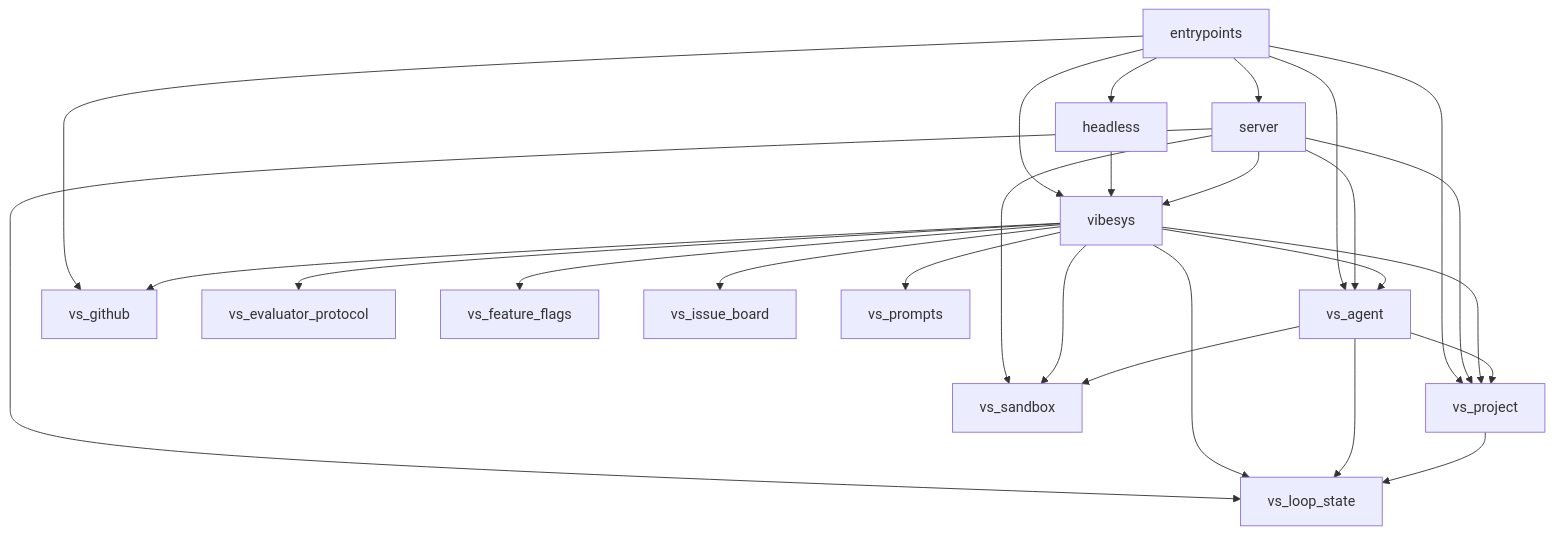
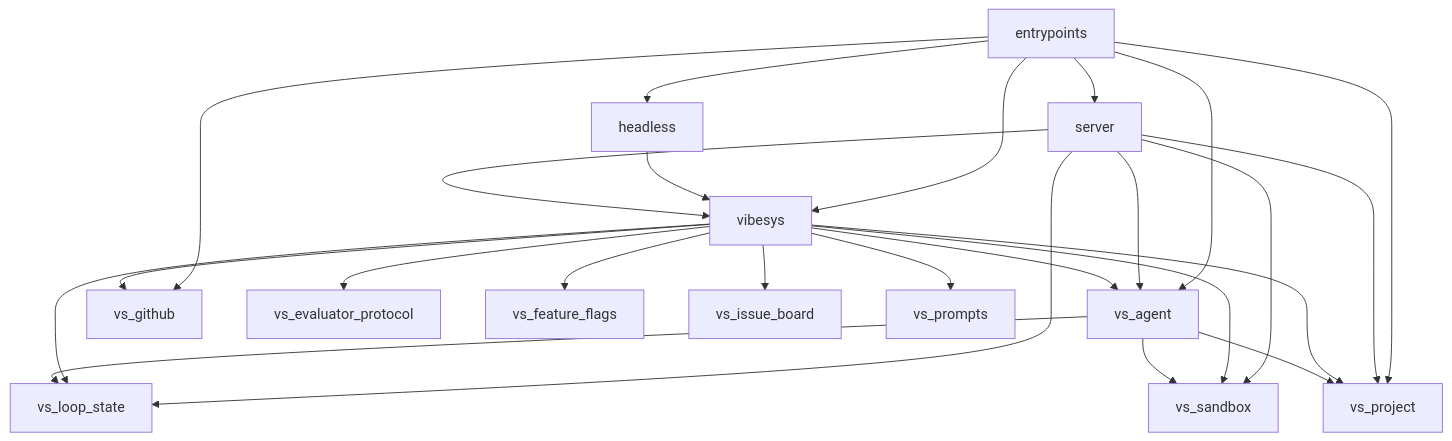
One commit to uw-syfi/vibesys changed the first of 3 diagrams in docs/contributing/architecture.md. Above: the diagram before and after it, drawn with Mermaid. The commit also changed other lines of this file and 399 other files, not shown here.

````diff
--- a/docs/contributing/architecture.md
+++ b/docs/contributing/architecture.md
@@ -23,28 +38,27 @@
 ```mermaid
 graph TD
     entrypoints --> headless
     entrypoints --> server
     entrypoints --> vibesys
     entrypoints --> vs_agent
     entrypoints --> vs_github
     entrypoints --> vs_project
     headless --> vibesys
     server --> vibesys
     server --> vs_agent
     server --> vs_loop_state
     server --> vs_project
     server --> vs_sandbox
     vibesys --> vs_agent
     vibesys --> vs_evaluator_protocol
     vibesys --> vs_feature_flags
     vibesys --> vs_github
     vibesys --> vs_issue_board
     vibesys --> vs_loop_state
     vibesys --> vs_project
     vibesys --> vs_prompts
     vibesys --> vs_sandbox
     vs_agent --> vs_loop_state
     vs_agent --> vs_project
     vs_agent --> vs_sandbox
-    vs_project --> vs_loop_state
 ```
````
